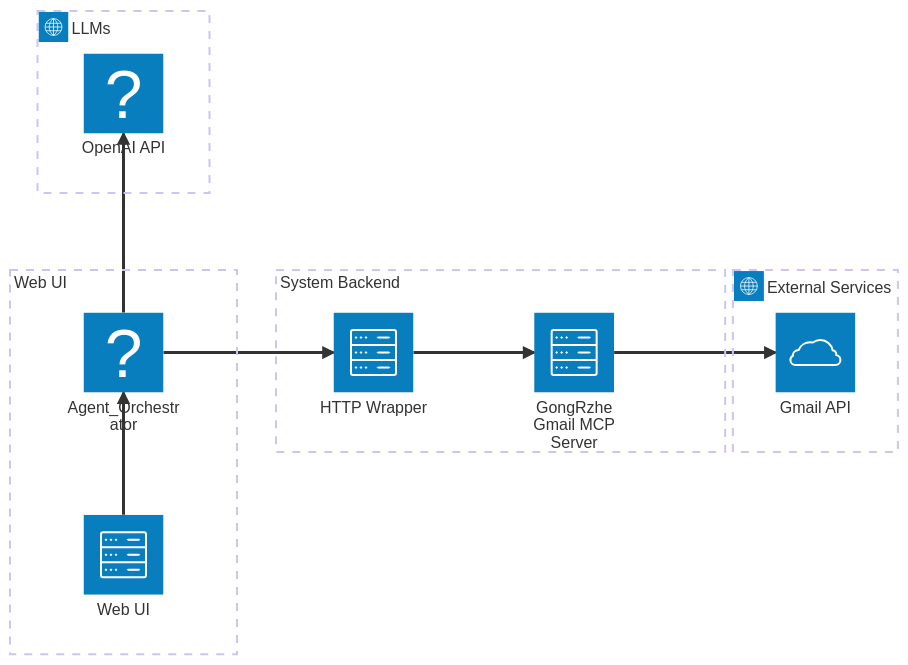
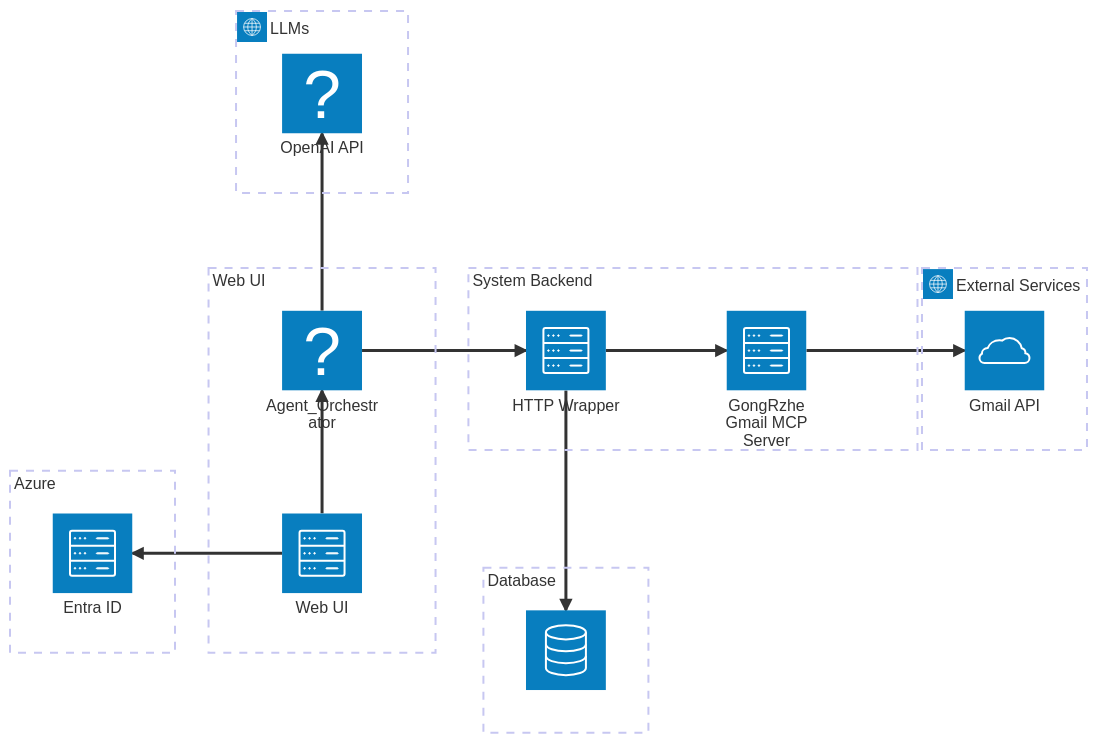
The diagram in Diagrams/architecture.mmd (Blizzard-Of-Oz/cyber295-team3), drawn with Mermaid before and after one commit.

Commit message:
add entraid and immudb in architecture

```diff
--- a/Diagrams/architecture.mmd
+++ b/Diagrams/architecture.mmd
@@ -1,23 +1,29 @@
 ---
 config:
   theme: mc
 ---
 architecture-beta
 
   group g_ui [Web UI]
+  group g_entraid [Azure]
   group g_llms(internet)[LLMs]
   group g_mcp[System Backend]
+  group g_db[Database]
   group g_ext(internet)[External Services]
 
   service web(server)[Web UI] in g_ui
+  service entraid(server)[Entra ID] in g_entraid
   service agent(brain)[Agent_Orchestrator] in g_ui
   service orchestration(brain)[OpenAI API] in g_llms
   service http_wrapper(server)[HTTP Wrapper] in g_mcp
   service mcp(server)[GongRzhe Gmail MCP Server] in g_mcp
   service extsvc(cloud)[Gmail API] in g_ext
+  service auditlog(database) in g_db
 
+  web:L --> R:entraid
   web:T --> B:agent
   agent:T --> B:orchestration
   agent:R --> L:http_wrapper
   http_wrapper:R --> L:mcp
+  http_wrapper:B --> T:auditlog
   mcp:R --> L:extsvc
```
